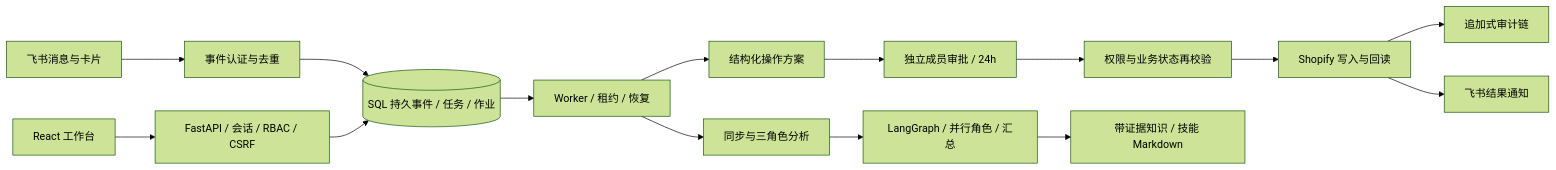
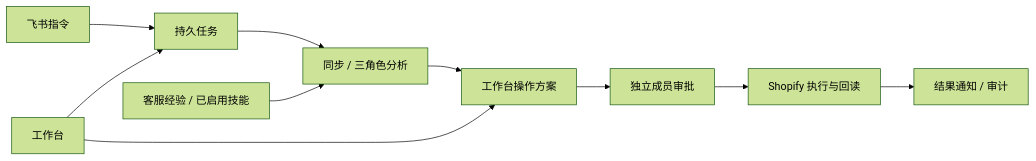
One commit to LyzJames/xiaokua-ai-operations-agent changed the diagram in README.md. Above: the diagram before and after it, drawn with Mermaid (forest theme). The commit also changed other lines of this file and 2 other files, not shown here.

````diff
--- a/README.md
+++ b/README.md
@@ -90,17 +120,12 @@
 ```mermaid
 flowchart LR
-    UI[React 工作台] --> API[FastAPI / 会话 / RBAC / CSRF]
-    FEI[飞书消息与卡片] --> EVENT[事件认证与去重]
-    EVENT --> SQL[(SQL 持久事件 / 任务 / 作业)]
-    API --> SQL
-    SQL --> WORKER[Worker / 租约 / 恢复]
-    WORKER --> READ[同步与三角色分析]
-    READ --> GRAPH[LangGraph / 并行角色 / 汇总]
-    WORKER --> PLAN[结构化操作方案]
-    PLAN --> REVIEW[独立成员审批 / 24h]
-    REVIEW --> RECHECK[权限与业务状态再校验]
-    RECHECK --> WRITE[Shopify 写入与回读]
-    WRITE --> AUDIT[追加式审计链]
-    WRITE --> NOTICE[飞书结果通知]
-    GRAPH --> MEMORY[带证据知识 / 技能 Markdown]
+    FEI[飞书指令] --> TASK[持久任务]
+    UI[工作台] --> TASK
+    TASK --> ANALYSIS[同步 / 三角色分析]
+    ANALYSIS --> PLAN[工作台操作方案]
+    UI --> PLAN
+    PLAN --> APPROVAL[独立成员审批]
+    APPROVAL --> EXEC[Shopify 执行与回读]
+    EXEC --> RESULT[结果通知 / 审计]
+    KNOWLEDGE[客服经验 / 已启用技能] --> ANALYSIS
 ```
````
